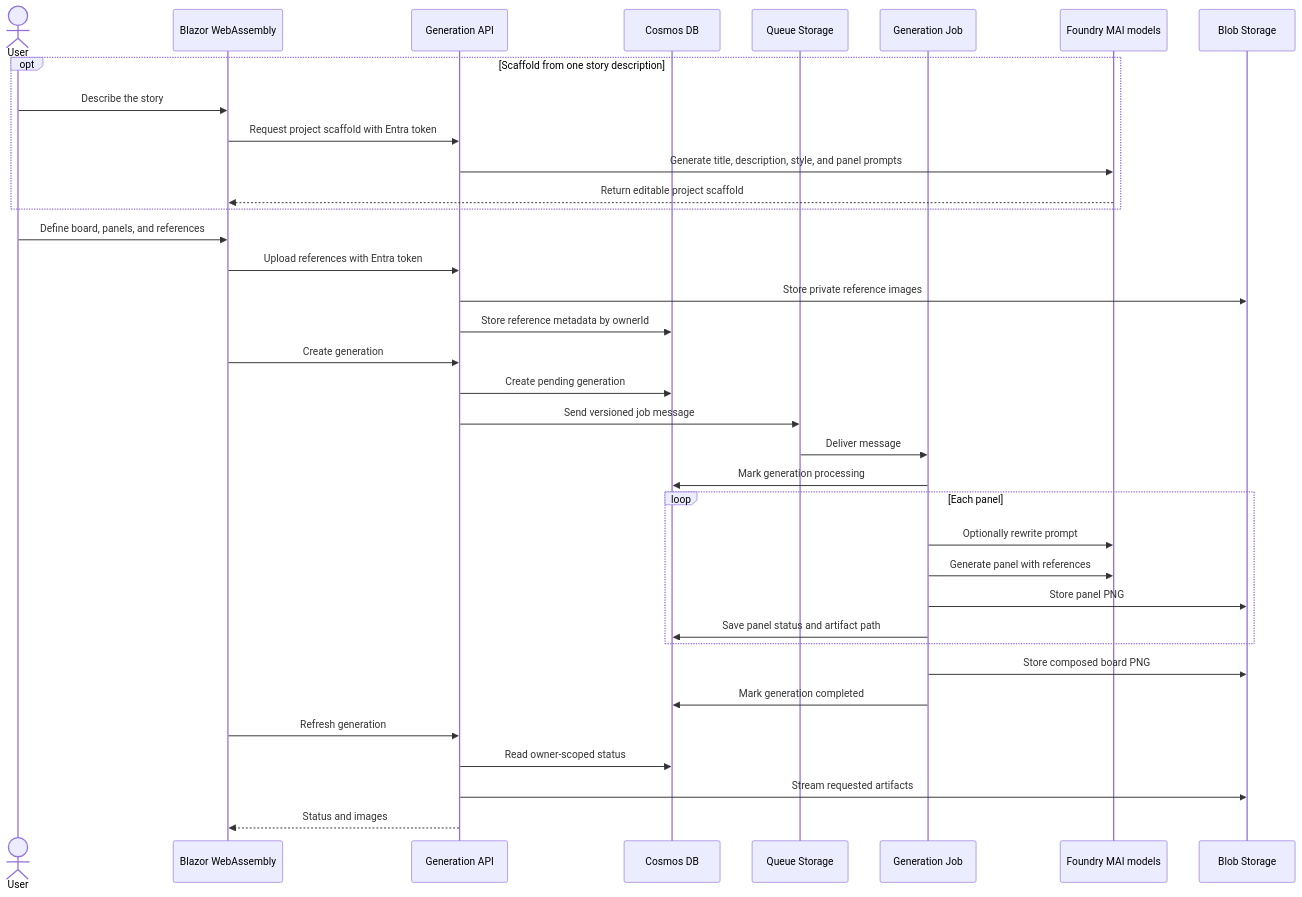
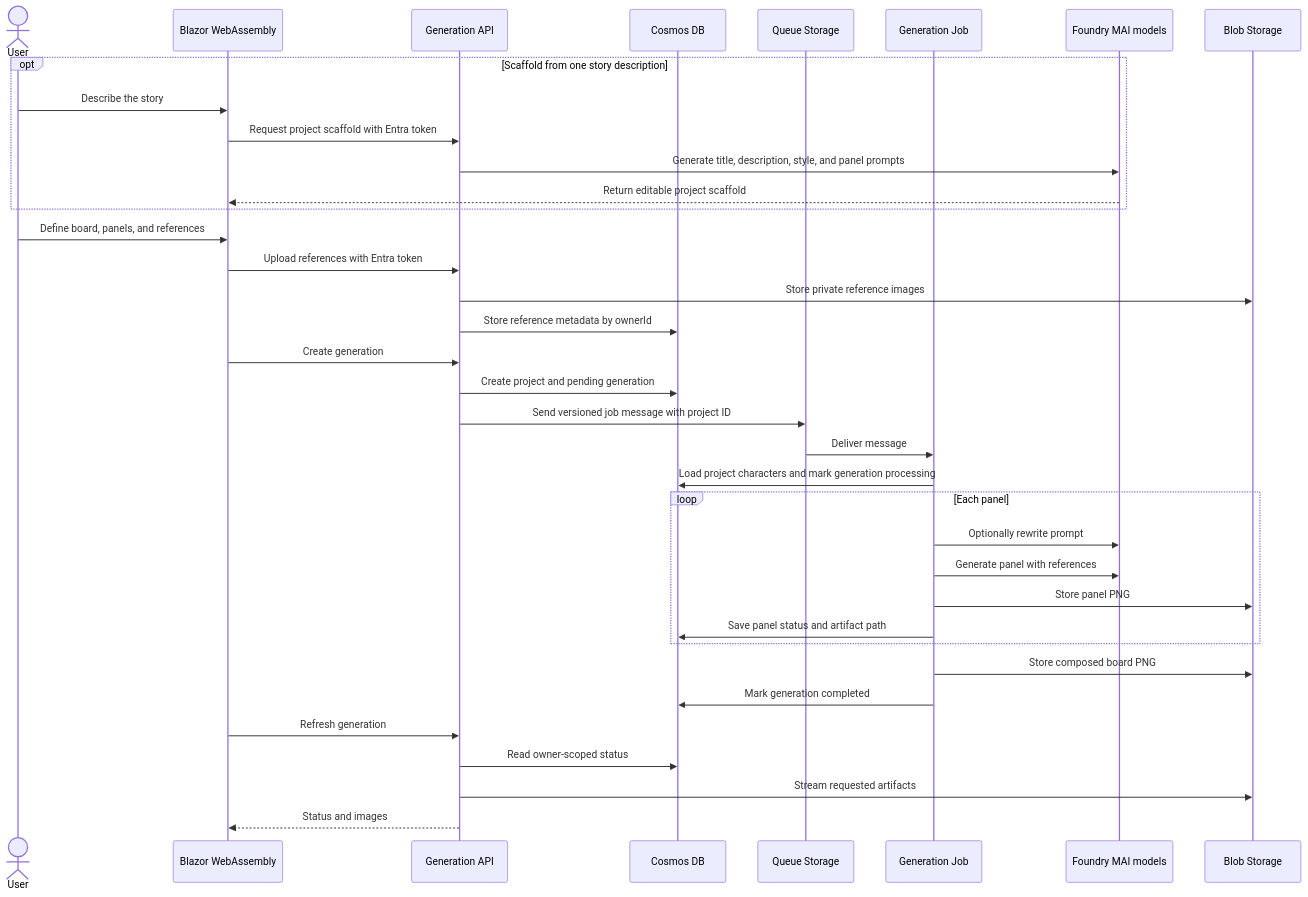
One commit to mathieumack/foundry-comics-mai changed the second of 2 diagrams in docs/architecture.md. Above: the diagram before and after it, drawn with Mermaid. The commit also changed other lines of this file and 7 other files, not shown here.

````diff
--- a/docs/architecture.md
+++ b/docs/architecture.md
@@ -44,38 +44,38 @@
 ```mermaid
 sequenceDiagram
     actor User
     participant Web as Blazor WebAssembly
     participant API as Generation API
     participant DB as Cosmos DB
     participant Queue as Queue Storage
     participant Job as Generation Job
     participant MAI as Foundry MAI models
     participant Blob as Blob Storage
     opt Scaffold from one story description
         User->>Web: Describe the story
         Web->>API: Request project scaffold with Entra token
         API->>MAI: Generate title, description, style, and panel prompts
         MAI-->>Web: Return editable project scaffold
     end
     User->>Web: Define board, panels, and references
     Web->>API: Upload references with Entra token
     API->>Blob: Store private reference images
     API->>DB: Store reference metadata by ownerId
     Web->>API: Create generation
-    API->>DB: Create pending generation
-    API->>Queue: Send versioned job message
+    API->>DB: Create project and pending generation
+    API->>Queue: Send versioned job message with project ID
     Queue->>Job: Deliver message
-    Job->>DB: Mark generation processing
+    Job->>DB: Load project characters and mark generation processing
     loop Each panel
         Job->>MAI: Optionally rewrite prompt
         Job->>MAI: Generate panel with references
         Job->>Blob: Store panel PNG
         Job->>DB: Save panel status and artifact path
     end
     Job->>Blob: Store composed board PNG
     Job->>DB: Mark generation completed
     Web->>API: Refresh generation
     API->>DB: Read owner-scoped status
     API->>Blob: Stream requested artifacts
     API-->>Web: Status and images
 ```
````
